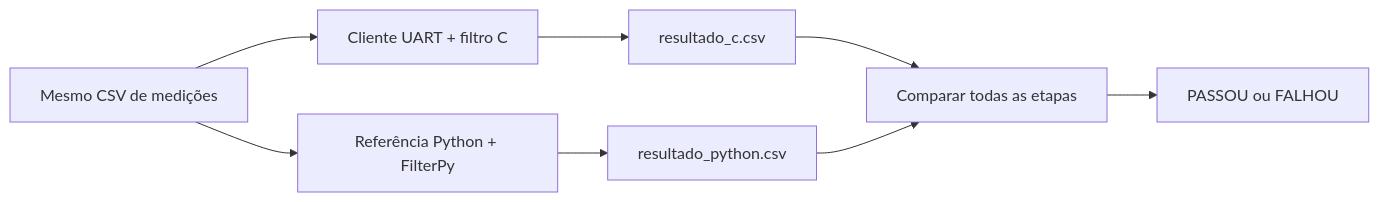
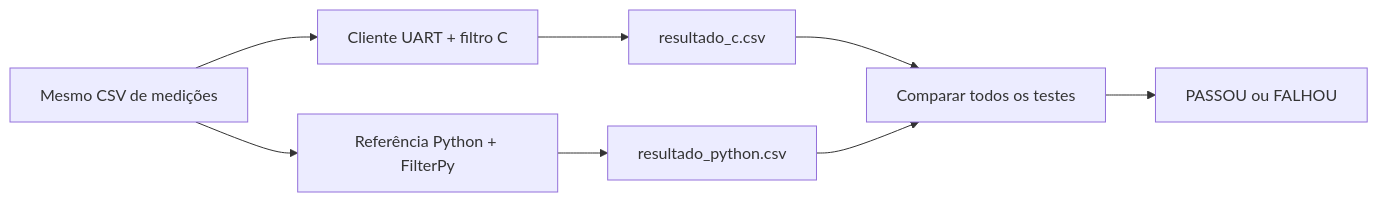
One commit to RichardBrendon/Particle-Filter changed the diagram in README.md. Above: the diagram before and after it, drawn with Mermaid. The commit also changed other lines of this file, not shown here.

Commit message:
Documenta testes independentes e automacao em Python

````diff
--- a/README.md
+++ b/README.md
@@ -45,10 +45,10 @@
 ```mermaid
 flowchart LR
     A[Mesmo CSV de medições] --> B[Cliente UART + filtro C]
     A --> C[Referência Python + FilterPy]
     B --> D[resultado_c.csv]
     C --> E[resultado_python.csv]
-    D --> F[Comparar todas as etapas]
+    D --> F[Comparar todos os testes]
     E --> F
     F --> G[PASSOU ou FALHOU]
 ```
````
